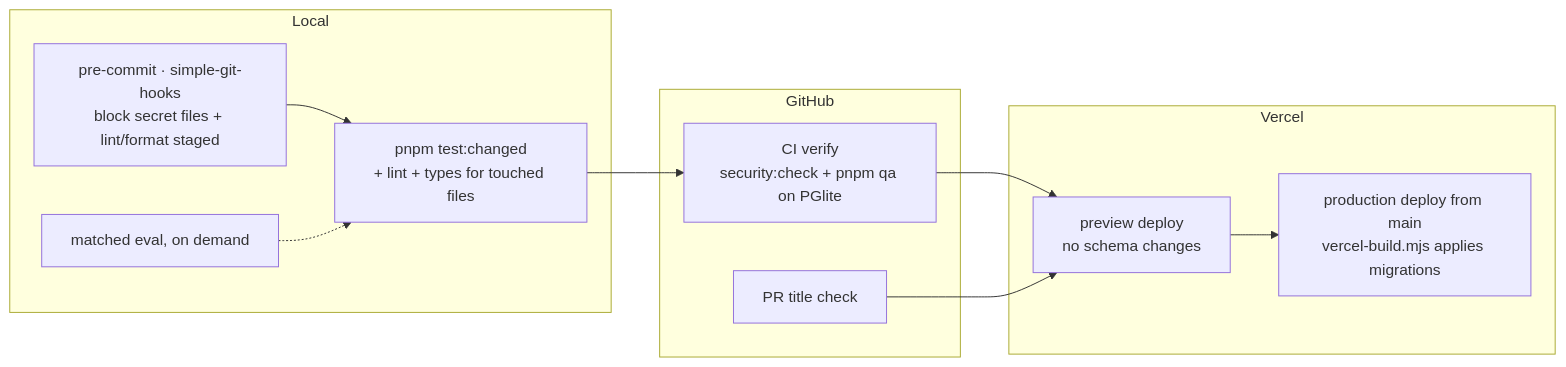
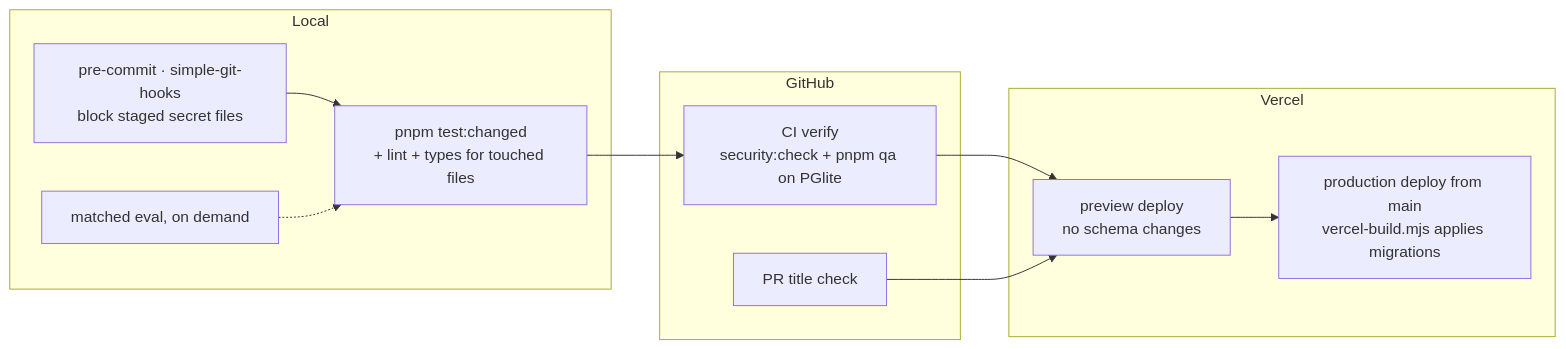
Before and after one commit to gaboesquivel/flow-signal: the fourth of 5 diagrams in docs/harness/dev-loop.md, drawn with Mermaid. The commit also changed 4 other files, not shown here.

First line of the commit message:
ci: keep pre-commit to the secret guard and drop main-push runs (#31)

````diff
--- a/docs/harness/dev-loop.md
+++ b/docs/harness/dev-loop.md
@@ -54,19 +54,19 @@
 ```mermaid
 flowchart LR
   subgraph Local
-    PC[pre-commit · simple-git-hooks<br/>block secret files + lint/format staged]
+    PC[pre-commit · simple-git-hooks<br/>block staged secret files]
     TC[pnpm test:changed<br/>+ lint + types for touched files]
     EV[matched eval, on demand]
   end
   subgraph GitHub
     CI[CI verify<br/>security:check + pnpm qa on PGlite]
     PT[PR title check]
   end
   subgraph Vercel
     PV[preview deploy<br/>no schema changes]
     PR[production deploy from main<br/>vercel-build.mjs applies migrations]
   end
   PC --> TC --> CI --> PV --> PR
   PT --> PV
   EV -.-> TC
 ```
````
